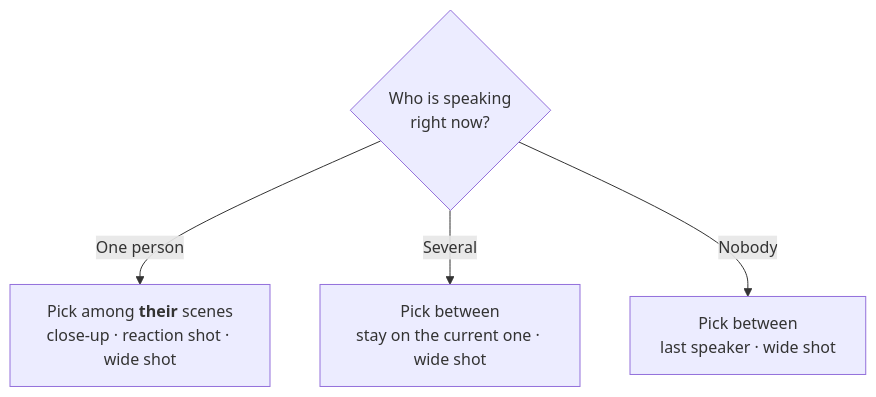
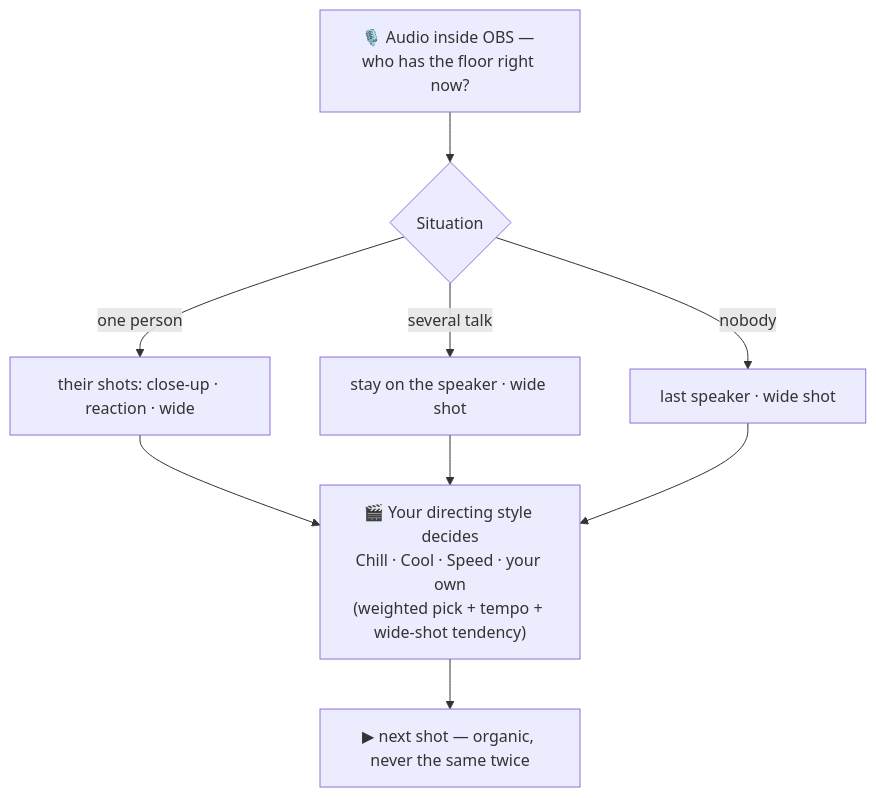
Before and after one commit to DavidClaudeAI/Flowspire: the diagram in README.md, drawn with Mermaid. The commit also changed other lines of this file and 1 other file, not shown here.

Commit message:
doc readme : liste fonctionnalites complete + reframe feeling de realisation + schema avec style
CONTEXTE : retours David sur la vitrine apres 0.6.0 — la liste etait incomplete, le slogan 'une seule regle : on montre qui parle' faisait mecanique, et le schema ne montrait pas le profil de realisation.

FICHIERS CLES : README.{md,fr.md} — section 'Ce que ca fait' completee (styles, calibration auto, clic-pour-forcer, garde-fous, sensibilite, verif MAJ) ; hero reformule (realisation avec feeling, pas une regle mecanique) ; schema Mermaid refait (son -> situation -> LE STYLE decide -> plan suivant).

COMPAT : none.

````diff
--- a/README.md
+++ b/README.md
@@ -83,7 +89,9 @@
 ```mermaid
 flowchart TD
-    Q{"Who is speaking<br/>right now?"}
-    Q -->|One person| P1["Pick among <b>their</b> scenes<br/>close-up · reaction shot · wide shot"]
-    Q -->|Several| P2["Pick between<br/>stay on the current one · wide shot"]
-    Q -->|Nobody| P3["Pick between<br/>last speaker · wide shot"]
+    A["🎙️ Audio inside OBS — who has the floor right now?"] --> Q{"Situation"}
+    Q -->|one person| O1["their shots: close-up · reaction · wide"]
+    Q -->|several talk| O2["stay on the speaker · wide shot"]
+    Q -->|nobody| O3["last speaker · wide shot"]
+    O1 & O2 & O3 --> S["🎬 Your directing style decides<br/>Chill · Cool · Speed · your own<br/>(weighted pick + tempo + wide-shot tendency)"]
+    S --> N["▶ next shot — organic, never the same twice"]
 ```
````
